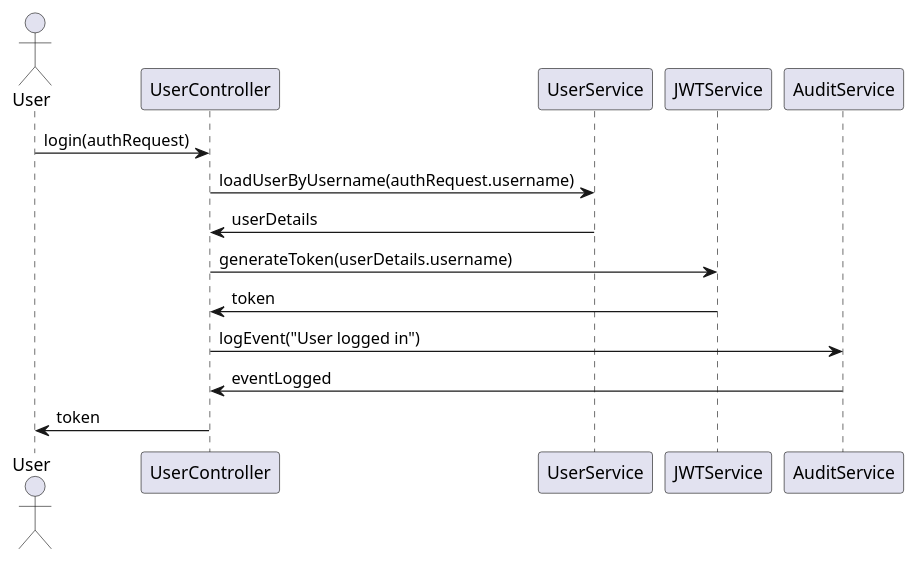
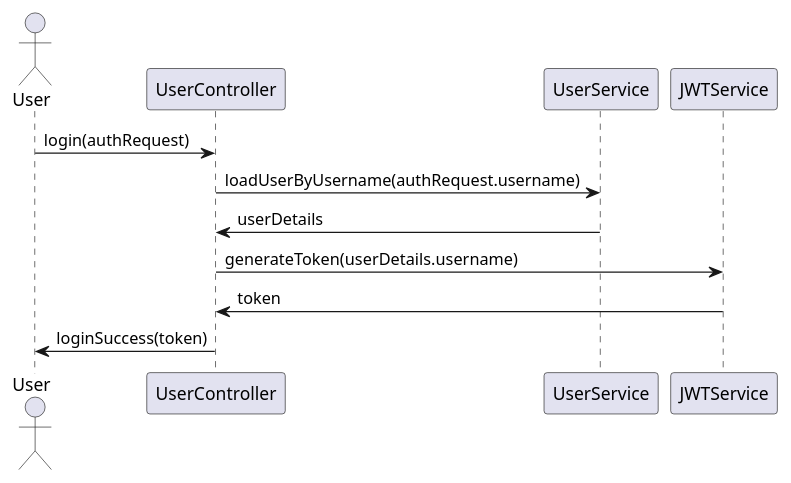
Before and after one commit to Dinesh-s95/AutoDoc.ai: the second of 6 diagrams in identityprovider/documentation/detaileddesign.adoc, drawn with PlantUML. The commit also changed other lines of this file and 4 other files, not shown here.

````diff
--- a/identityprovider/documentation/detaileddesign.adoc
+++ b/identityprovider/documentation/detaileddesign.adoc
@@ -314,18 +271,15 @@
 ```plantuml
 @startuml
 actor User
 participant UserController
 participant UserService
 participant JWTService
-participant AuditService
 
 User -> UserController : login(authRequest)
 UserController -> UserService : loadUserByUsername(authRequest.username)
 UserService -> UserController : userDetails
 UserController -> JWTService : generateToken(userDetails.username)
 JWTService -> UserController : token
-UserController -> AuditService : logEvent("User logged in")
-AuditService -> UserController : eventLogged
-UserController -> User : token
+UserController -> User : loginSuccess(token)
 @enduml
 ```
````
